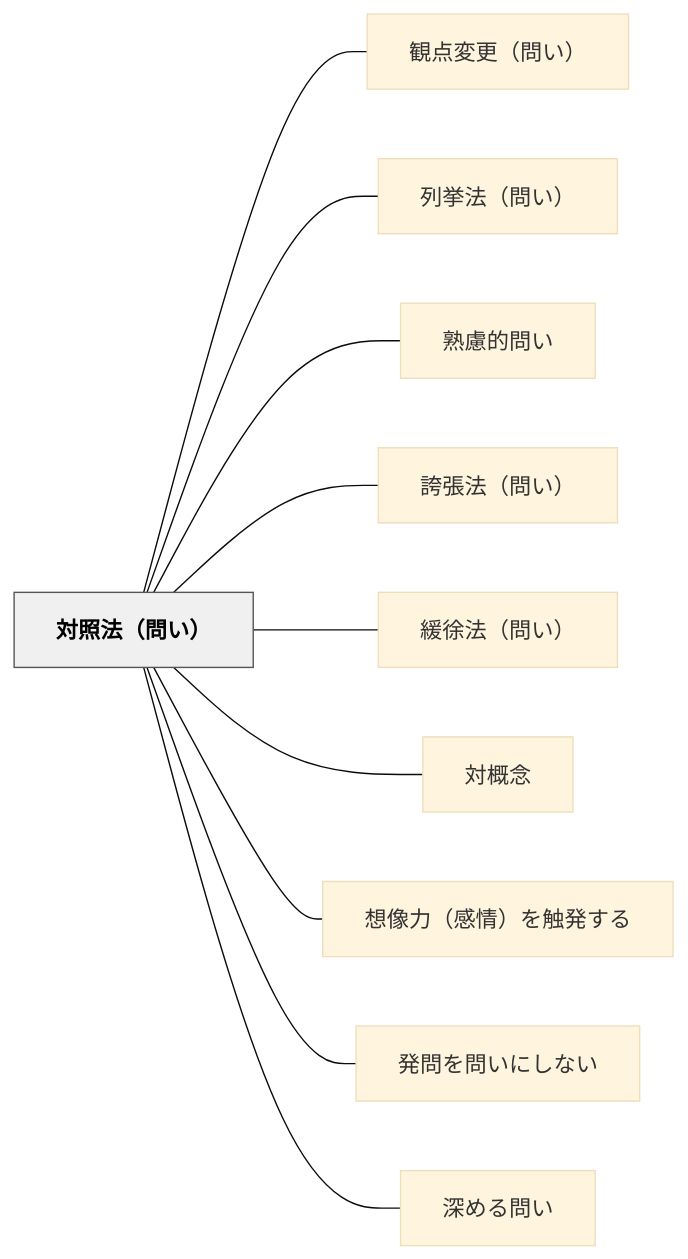
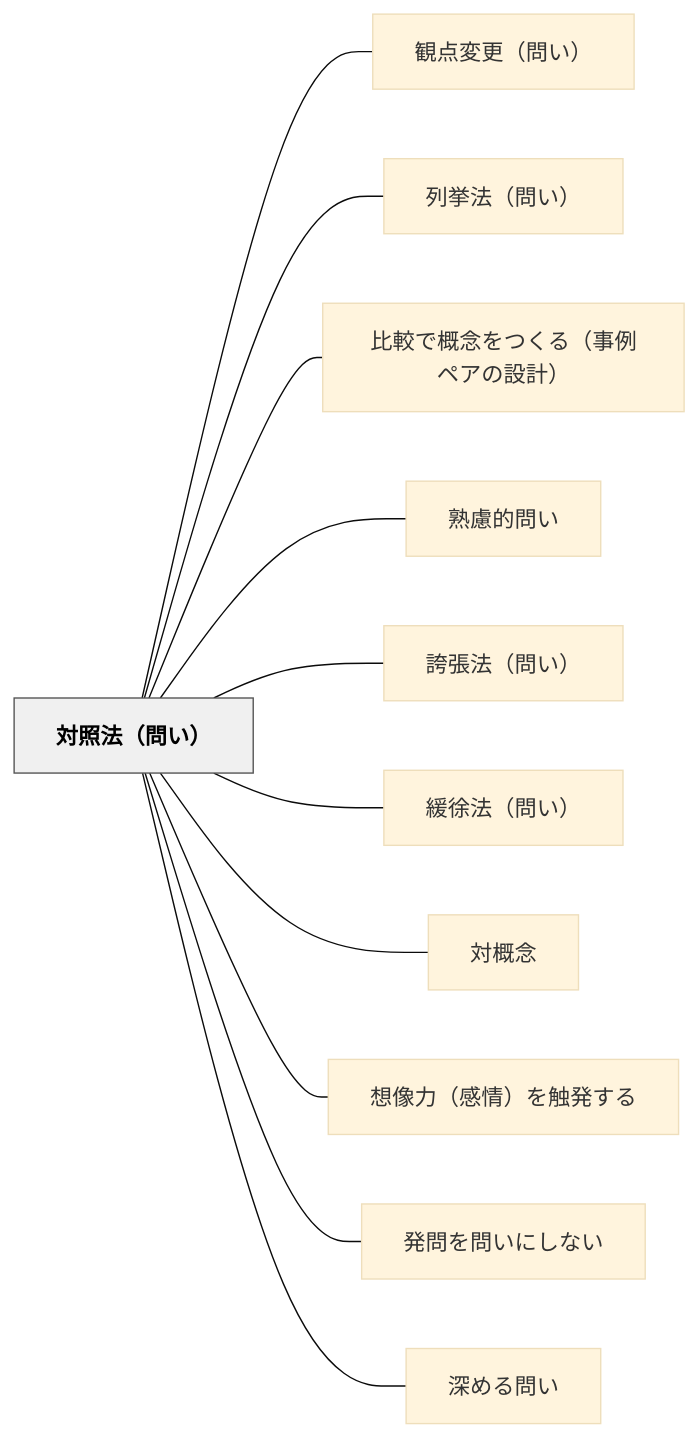
One commit to unknownthings-ed-patterns/unknownthings-ed-patterns changed the diagram in content/パタン/対照法（問い）.md. Above: the diagram before and after it, drawn with Mermaid (base theme). The commit also changed other lines of this file and 5 other files, not shown here.

````diff
--- a/content/パタン/対照法（問い）.md
+++ b/content/パタン/対照法（問い）.md
@@ -46,26 +47,28 @@
 ```mermaid
 flowchart LR
     ne5afbee785a7e6b395efbc88e5958fe38184efbc89["対照法（問い）"]
     ne8a6b3e782b9e5a489e69bb4efbc88e5958fe38184efbc89["観点変更（問い）"]
     ne58897e68c99e6b395efbc88e5958fe38184efbc89["列挙法（問い）"]
+    ne6af94e8bc83e381a7e6a682e5bfb5e38292e381a4e3818fe3828befbc88e4ba8be4be8be3839ae382a2e381aee8a8ade8a888efbc89["比較で概念をつくる（事例ペアの設計）"]
     ne7869fe685aee79a84e5958fe38184["熟慮的問い"]
     ne8aa87e5bcb5e6b395efbc88e5958fe38184efbc89["誇張法（問い）"]
     ne7b7a9e5be90e6b395efbc88e5958fe38184efbc89["緩徐法（問い）"]
     ne5afbee6a682e5bfb5["対概念"]
     ne683b3e5838fe58a9befbc88e6849fe68385efbc89e38292e8a7a6e799bae38199e3828b["想像力（感情）を触発する"]
     ne799bae5958fe38292e5958fe38184e381abe38197e381aae38184["発問を問いにしない"]
     ne6b7b1e38281e3828be5958fe38184["深める問い"]
 
     ne5afbee785a7e6b395efbc88e5958fe38184efbc89 --- ne8a6b3e782b9e5a489e69bb4efbc88e5958fe38184efbc89
     ne5afbee785a7e6b395efbc88e5958fe38184efbc89 --- ne58897e68c99e6b395efbc88e5958fe38184efbc89
+    ne5afbee785a7e6b395efbc88e5958fe38184efbc89 --- ne6af94e8bc83e381a7e6a682e5bfb5e38292e381a4e3818fe3828befbc88e4ba8be4be8be3839ae382a2e381aee8a8ade8a888efbc89
     ne5afbee785a7e6b395efbc88e5958fe38184efbc89 --- ne7869fe685aee79a84e5958fe38184
     ne5afbee785a7e6b395efbc88e5958fe38184efbc89 --- ne8aa87e5bcb5e6b395efbc88e5958fe38184efbc89
     ne5afbee785a7e6b395efbc88e5958fe38184efbc89 --- ne7b7a9e5be90e6b395efbc88e5958fe38184efbc89
     ne5afbee785a7e6b395efbc88e5958fe38184efbc89 --- ne5afbee6a682e5bfb5
     ne5afbee785a7e6b395efbc88e5958fe38184efbc89 --- ne683b3e5838fe58a9befbc88e6849fe68385efbc89e38292e8a7a6e799bae38199e3828b
     ne5afbee785a7e6b395efbc88e5958fe38184efbc89 --- ne799bae5958fe38292e5958fe38184e381abe38197e381aae38184
     ne5afbee785a7e6b395efbc88e5958fe38184efbc89 --- ne6b7b1e38281e3828be5958fe38184
 
     classDef hub fill:#f0f0f0,stroke:#555,color:#000,font-weight:bold
     class ne5afbee785a7e6b395efbc88e5958fe38184efbc89 hub
 ```
````
